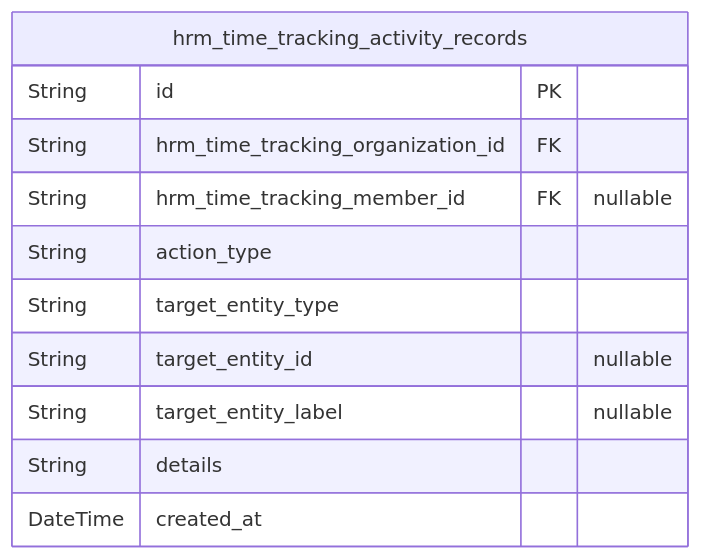
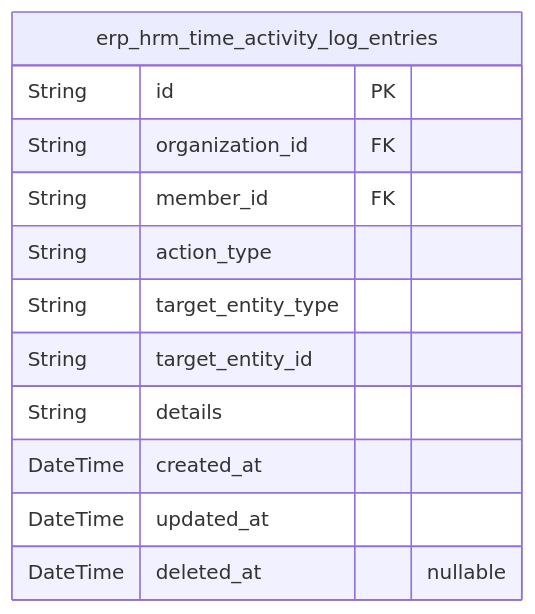
The eighth of 9 diagrams in openai/gpt-5.4-mini/erp/docs/ERD.md (wrtnlabs/autobe-examples), drawn with Mermaid before and after one commit. The commit also changed other lines of this file and 9017 other files, not shown here.

````diff
--- a/openai/gpt-5.4-mini/erp/docs/ERD.md
+++ b/openai/gpt-5.4-mini/erp/docs/ERD.md
@@ -1057,14 +902,15 @@
 ```mermaid
 erDiagram
-"hrm_time_tracking_activity_records" {
+"erp_hrm_time_activity_log_entries" {
   String id PK
-  String hrm_time_tracking_organization_id FK
-  String hrm_time_tracking_member_id FK "nullable"
+  String organization_id FK
+  String member_id FK
   String action_type
   String target_entity_type
-  String target_entity_id "nullable"
-  String target_entity_label "nullable"
+  String target_entity_id
   String details
   DateTime created_at
+  DateTime updated_at
+  DateTime deleted_at "nullable"
 }
 ```
````
